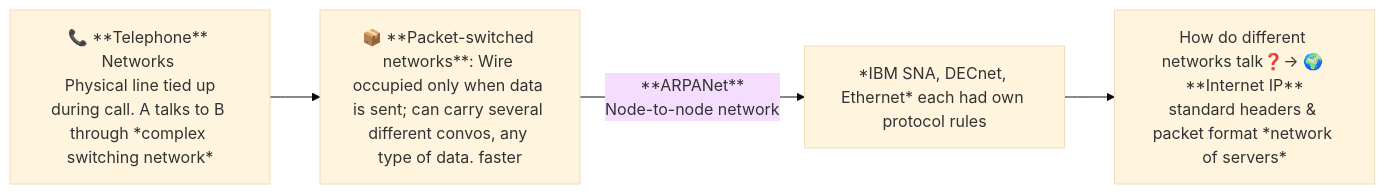
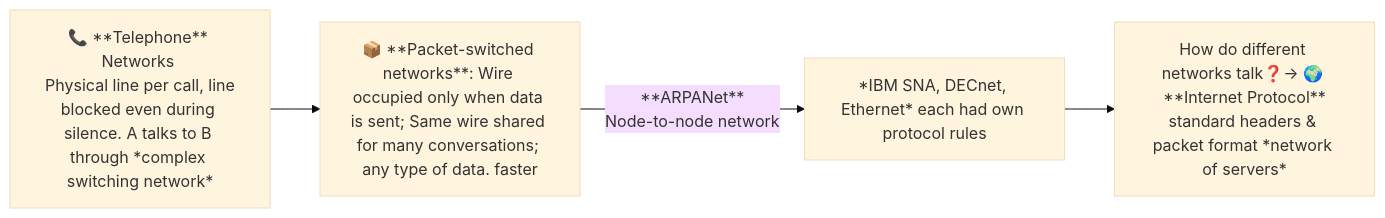
One commit to 24f2007780/app-dev-book changed the first of 3 diagrams in docs/appdev-I-theory/week1/1-network-history-TCP.md. Above: the diagram before and after it, drawn with Mermaid (base theme). The commit also changed other lines of this file and 18 other files, not shown here.

````diff
--- a/docs/appdev-I-theory/week1/1-network-history-TCP.md
+++ b/docs/appdev-I-theory/week1/1-network-history-TCP.md
@@ -2,11 +7,11 @@
 ```mermaid
 flowchart LR
     %% --- TOP BLOCK: Networking History & Protocols ---
-    A["📞 **Telephone** Networks <br> Physical line tied up during call. A talks to B through *complex switching network*"]
-    B["📦 **Packet-switched networks**: Wire occupied only when data is sent; can carry several different convos, any type of data. faster"]
+    A["📞 **Telephone** Networks <br> Physical line per call, line blocked even during silence. A talks to B through *complex switching network*"]
+    B["📦 **Packet-switched networks**: Wire occupied only when data is sent; Same wire shared for many conversations; any type of data. faster"]
     proto["*IBM SNA, DECnet, Ethernet* each had own protocol rules"]
-    C["How do different networks talk❓→ 🌍 **Internet IP**<br>standard headers & packet format *network of servers*"]
+    C["How do different networks talk❓→ 🌍 **Internet Protocol**<br>standard headers & packet format *network of servers*"]
 
     A --> B --"**ARPANet**<br>Node-to-node network"--> proto  --> C
 
 ```
````
